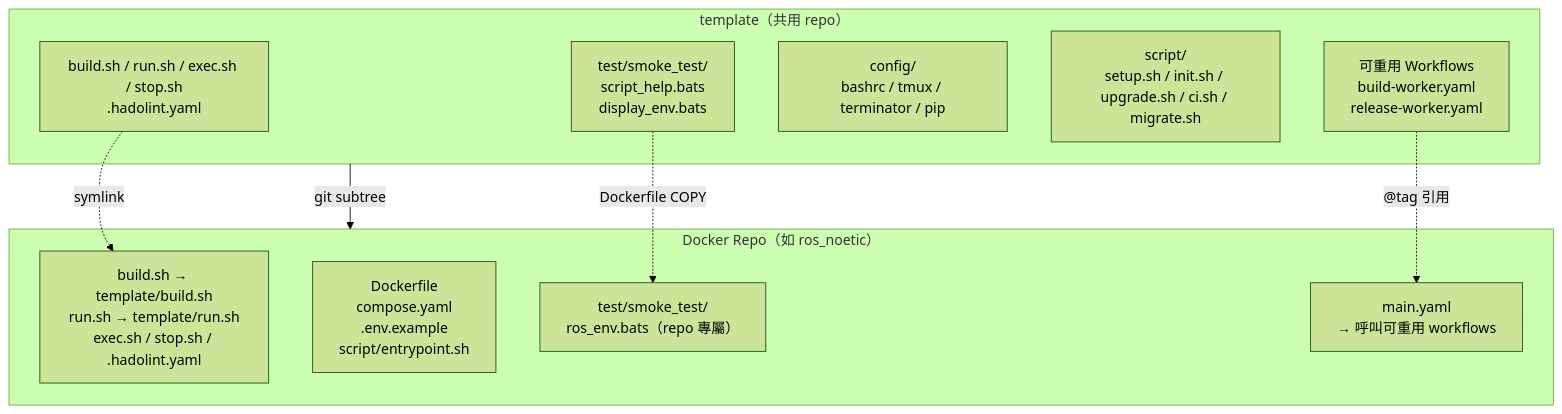
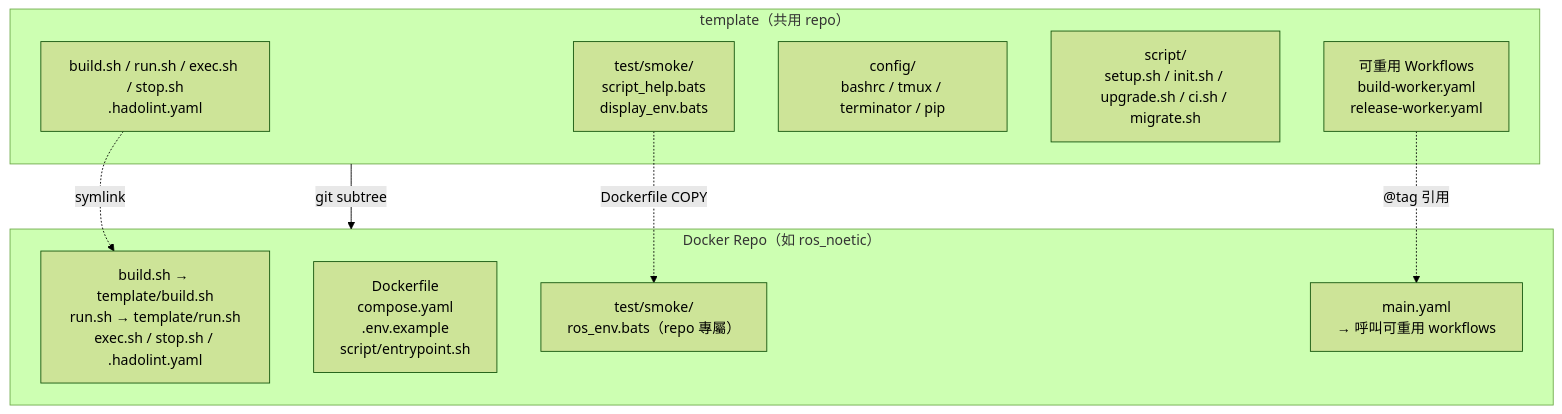
The first of 2 diagrams in doc/readme/README.zh-TW.md (ycpss91255-docker/base), drawn with Mermaid (forest theme) before and after one commit. The commit also changed other lines of this file and 18 other files, not shown here.

First line of the commit message:
refactor: rename test/smoke_test/ → test/smoke/

````diff
--- a/doc/readme/README.zh-TW.md
+++ b/doc/readme/README.zh-TW.md
@@ -53,22 +53,22 @@
 ```mermaid
 graph TB
     subgraph template["template（共用 repo）"]
         scripts["build.sh / run.sh / exec.sh / stop.sh<br/>.hadolint.yaml"]
-        smoke["test/smoke_test/<br/>script_help.bats<br/>display_env.bats"]
+        smoke["test/smoke/<br/>script_help.bats<br/>display_env.bats"]
         config["config/<br/>bashrc / tmux / terminator / pip"]
         mgmt["script/<br/>setup.sh / init.sh / upgrade.sh / ci.sh / migrate.sh"]
         workflows["可重用 Workflows<br/>build-worker.yaml<br/>release-worker.yaml"]
     end
 
     subgraph consumer["Docker Repo（如 ros_noetic）"]
         symlinks["build.sh → template/build.sh<br/>run.sh → template/run.sh<br/>exec.sh / stop.sh / .hadolint.yaml"]
         dockerfile["Dockerfile<br/>compose.yaml<br/>.env.example<br/>script/entrypoint.sh"]
-        repo_test["test/smoke_test/<br/>ros_env.bats（repo 專屬）"]
+        repo_test["test/smoke/<br/>ros_env.bats（repo 專屬）"]
         main_yaml["main.yaml<br/>→ 呼叫可重用 workflows"]
     end
 
     template -- "git subtree" --> consumer
     scripts -. "symlink" .-> symlinks
     smoke -. "Dockerfile COPY" .-> repo_test
     workflows -. "@tag 引用" .-> main_yaml
 ```
````
